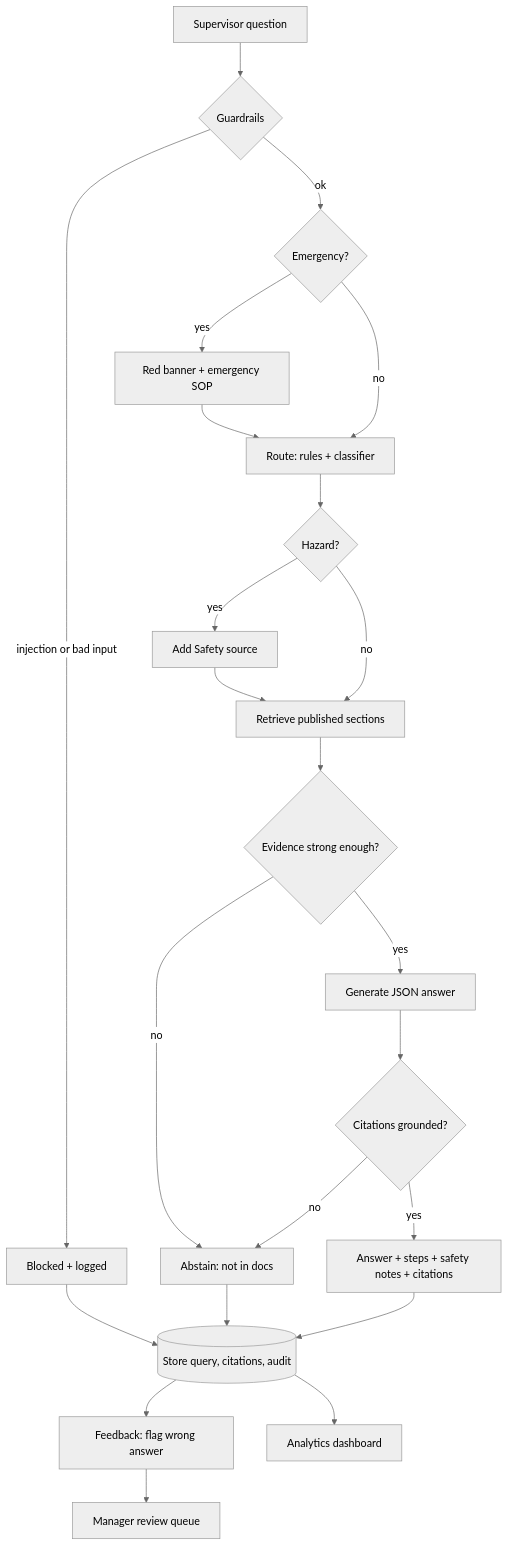
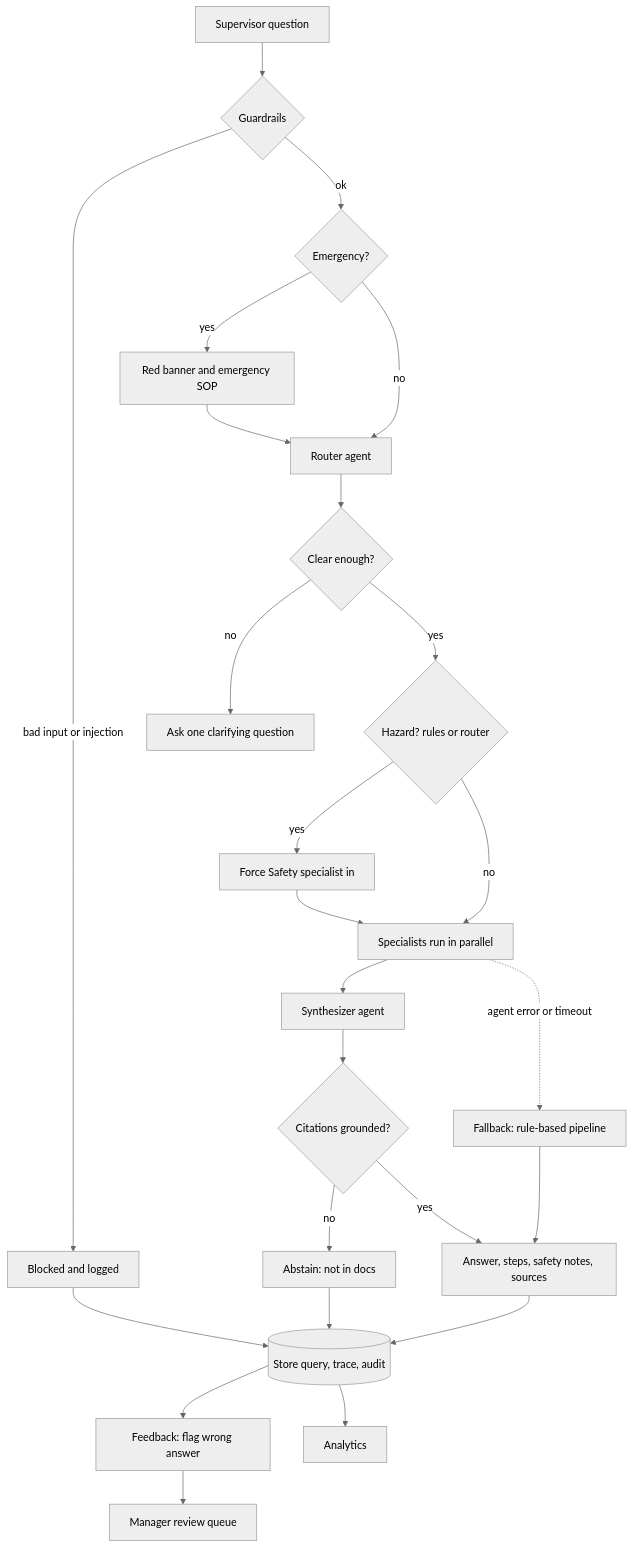
One commit to hemach-git/MIKRA changed the second of 3 diagrams in docs/architecture.md. Above: the diagram before and after it, drawn with Mermaid (neutral theme). The commit also changed other lines of this file and 19 other files, not shown here.

Commit message:
Design v2: supervised multi-agent architecture, updated docs, diagrams, slide; agent contract and session briefs

````diff
--- a/docs/architecture.md
+++ b/docs/architecture.md
@@ -44,26 +46,28 @@
 ```mermaid
 %% name: data_flow
 flowchart TD
   Q[Supervisor question] --> V{Guardrails}
-  V -- injection or bad input --> B[Blocked + logged]
-  V -- ok --> E{Emergency?}
-  E -- yes --> EB[Red banner + emergency SOP]
-  E -- no --> RT[Route: rules + classifier]
-  EB --> RT
-  RT --> H{Hazard?}
-  H -- yes --> SF[Add Safety source]
-  H -- no --> RE[Retrieve published sections]
-  SF --> RE
-  RE --> T{Evidence strong enough?}
-  T -- no --> AB[Abstain: not in docs]
-  T -- yes --> GEN[Generate JSON answer]
-  GEN --> GC{Citations grounded?}
-  GC -- no --> AB
-  GC -- yes --> OUT[Answer + steps + safety notes + citations]
-  OUT --> ST[(Store query, citations, audit)]
+  V -- bad input or injection --> B[Blocked and logged]
+  V -- ok --> EM{Emergency?}
+  EM -- yes --> BN[Red banner and emergency SOP]
+  EM -- no --> RA[Router agent]
+  BN --> RA
+  RA --> CL{Clear enough?}
+  CL -- no --> ASK[Ask one clarifying question]
+  CL -- yes --> HZ{Hazard? rules or router}
+  HZ -- yes --> ADD[Force Safety specialist in]
+  HZ -- no --> SPEC[Specialists run in parallel]
+  ADD --> SPEC
+  SPEC --> SYN[Synthesizer agent]
+  SYN --> GCH{Citations grounded?}
+  GCH -- no --> AB[Abstain: not in docs]
+  GCH -- yes --> OUT[Answer, steps, safety notes, sources]
+  SPEC -. agent error or timeout .-> FBK[Fallback: rule-based pipeline]
+  FBK --> OUT
+  OUT --> ST[(Store query, trace, audit)]
   AB --> ST
   B --> ST
-  ST --> FB[Feedback: flag wrong answer]
-  FB --> HR[Manager review queue]
-  ST --> KPI[Analytics dashboard]
+  ST --> FDB[Feedback: flag wrong answer]
+  FDB --> HR[Manager review queue]
+  ST --> KPI[Analytics]
 ```
````
